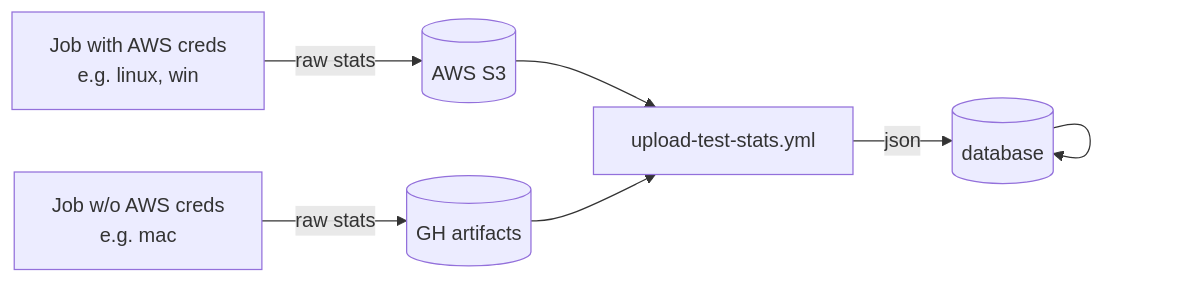
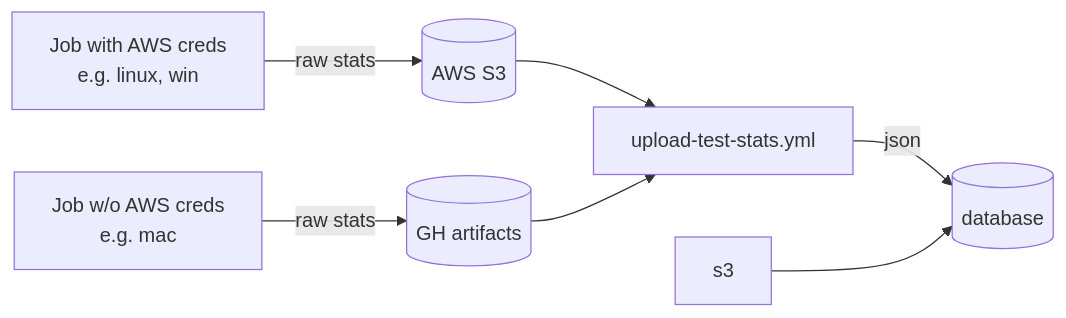
The diagram in tools/stats/README.md (pytorch/pytorch), drawn with Mermaid before and after one commit.

````diff
--- a/tools/stats/README.md
+++ b/tools/stats/README.md
@@ -13,10 +13,11 @@
 ```mermaid
 graph LR
     J1[Job with AWS creds<br>e.g. linux, win] --raw stats--> S3[(AWS S3)]
     J2[Job w/o AWS creds<br>e.g. mac] --raw stats--> GHA[(GH artifacts)]
 
     S3 --> uts[upload-test-stats.yml]
     GHA --> uts
 
-    uts --json--> R[(s3)] --> R[(database)]
+    uts --json--> R[(s3)]
+    s3 --> R[(database)]
 ```
````
